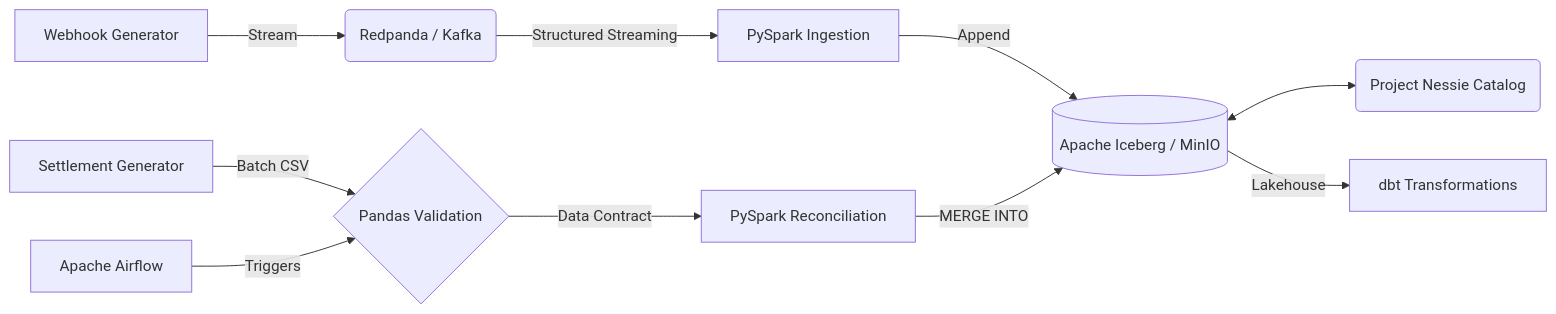
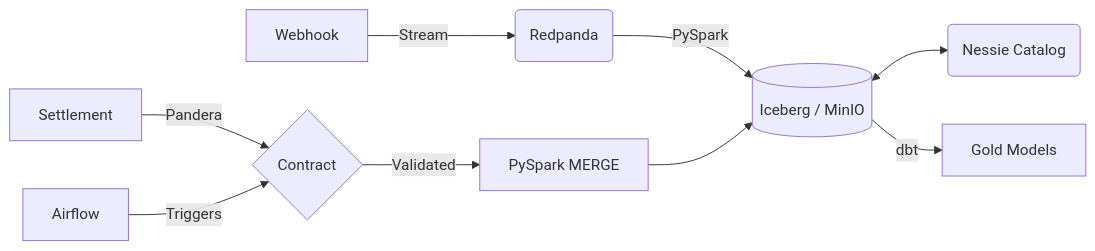
The second of 2 diagrams in README.md (DhanushPillay/tx-recon), drawn with Mermaid before and after one commit. The commit also changed other lines of this file, not shown here.

Commit message:
Refactor README: use Mermaid for performance velocity, remove all emojis

````diff
--- a/README.md
+++ b/README.md
@@ -85,14 +112,13 @@
 ```mermaid
 flowchart LR
-    A[Webhook Generator] -->|Stream| B(Redpanda / Kafka)
-    B -->|Structured Streaming| C[PySpark Ingestion]
-    C -->|Append| D[(Apache Iceberg / MinIO)]
+    A[Webhook] -->|Stream| B(Redpanda)
+    B -->|PySpark| C[(Iceberg / MinIO)]
     
-    E[Settlement Generator] -->|Batch CSV| V{Pandas Validation}
-    V -->|Data Contract| F[PySpark Reconciliation]
-    F -->|MERGE INTO| D
+    E[Settlement] -->|Pandera| V{Contract}
+    V -->|Validated| F[PySpark MERGE]
+    F --> C
     
-    G[Apache Airflow] -->|Triggers| V
-    D <--> H(Project Nessie Catalog)
-    D -->|Lakehouse| I[dbt Transformations]
+    G[Airflow] -->|Triggers| V
+    C <--> H(Nessie Catalog)
+    C -->|dbt| I[Gold Models]
 ```
````
